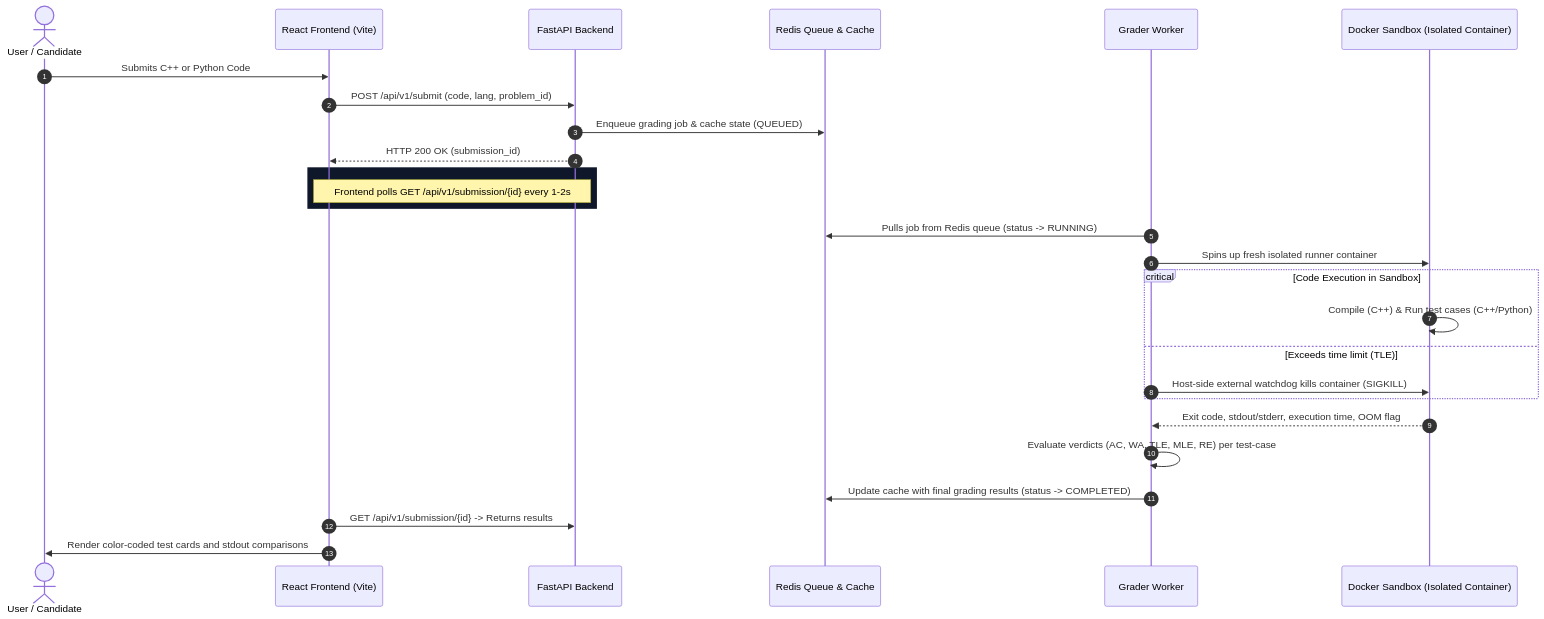
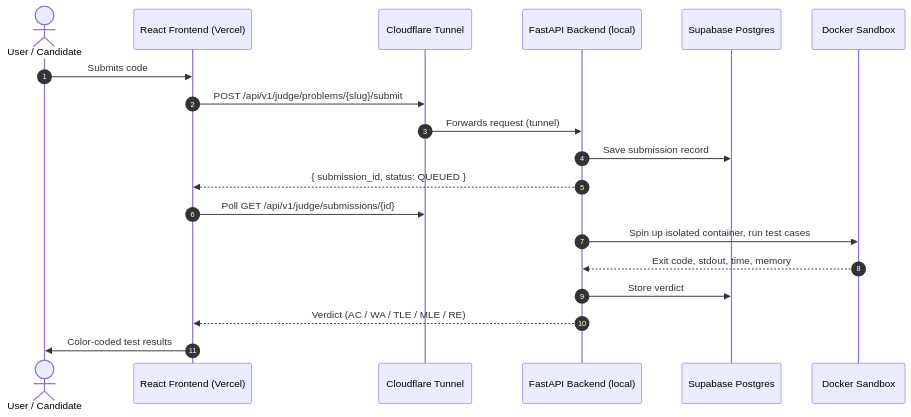
Before and after one commit to kanna1951693/online-judge: the diagram in README.md, drawn with Mermaid. The commit also changed other lines of this file, not shown here.

First line of the commit message:
docs: update README with live deployment link, Cloudflare tunnel workflow, Docker stop guide

````diff
--- a/README.md
+++ b/README.md
@@ -17,32 +40,23 @@
 ```mermaid
 sequenceDiagram
     autonumber
     actor User as User / Candidate
-    participant FE as React Frontend (Vite)
-    participant BE as FastAPI Backend
-    participant RD as Redis Queue & Cache
-    participant WK as Grader Worker
-    participant DK as Docker Sandbox (Isolated Container)
+    participant FE as React Frontend (Vercel)
+    participant CF as Cloudflare Tunnel
+    participant BE as FastAPI Backend (local)
+    participant DB as Supabase Postgres
+    participant DK as Docker Sandbox
 
-    User->>FE: Submits C++ or Python Code
-    FE->>BE: POST /api/v1/submit (code, lang, problem_id)
-    BE->>RD: Enqueue grading job & cache state (QUEUED)
-    BE-->>FE: HTTP 200 OK (submission_id)
-    
-    rect rgb(15, 23, 42)
-        Note over FE,BE: Frontend polls GET /api/v1/submission/{id} every 1-2s
-    end
+    User->>FE: Submits code
+    FE->>CF: POST /api/v1/judge/problems/{slug}/submit
+    CF->>BE: Forwards request (tunnel)
+    BE->>DB: Save submission record
+    BE-->>FE: { submission_id, status: QUEUED }
 
-    WK->>RD: Pulls job from Redis queue (status -> RUNNING)
-    WK->>DK: Spins up fresh isolated runner container
-    critical Code Execution in Sandbox
-        DK->>DK: Compile (C++) & Run test cases (C++/Python)
-    option Exceeds time limit (TLE)
-        WK->>DK: Host-side external watchdog kills container (SIGKILL)
-    end
-    DK-->>WK: Exit code, stdout/stderr, execution time, OOM flag
-    WK->>WK: Evaluate verdicts (AC, WA, TLE, MLE, RE) per test-case
-    WK->>RD: Update cache with final grading results (status -> COMPLETED)
-    FE->>BE: GET /api/v1/submission/{id} -> Returns results
-    FE->>User: Render color-coded test cards and stdout comparisons
+    FE->>CF: Poll GET /api/v1/judge/submissions/{id}
+    BE->>DK: Spin up isolated container, run test cases
+    DK-->>BE: Exit code, stdout, time, memory
+    BE->>DB: Store verdict
+    BE-->>FE: Verdict (AC / WA / TLE / MLE / RE)
+    FE->>User: Color-coded test results
 ```
````
